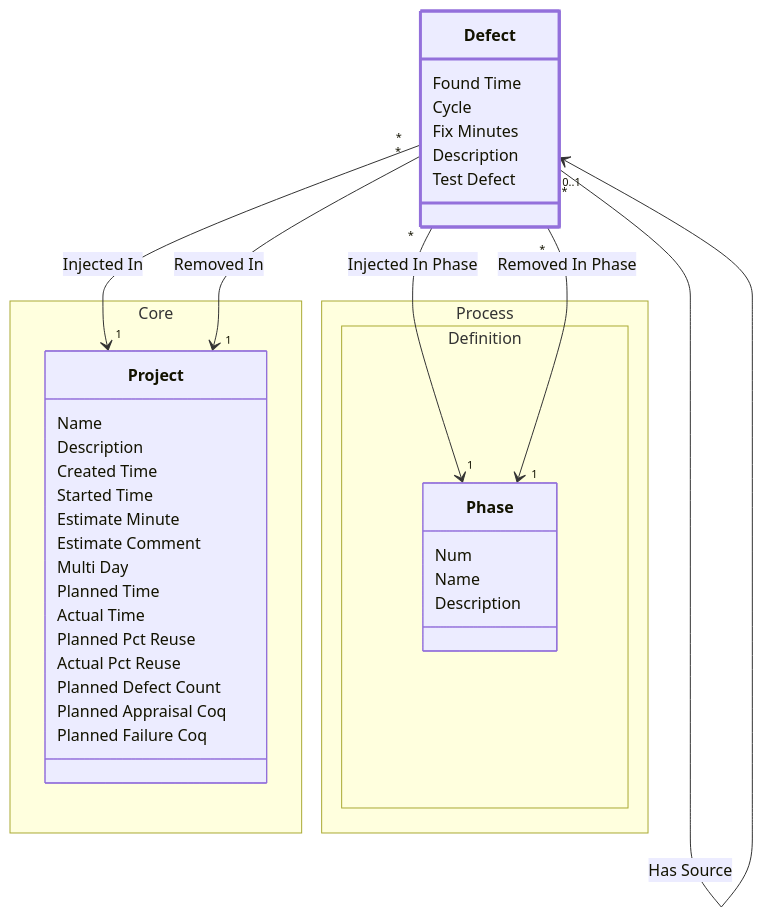
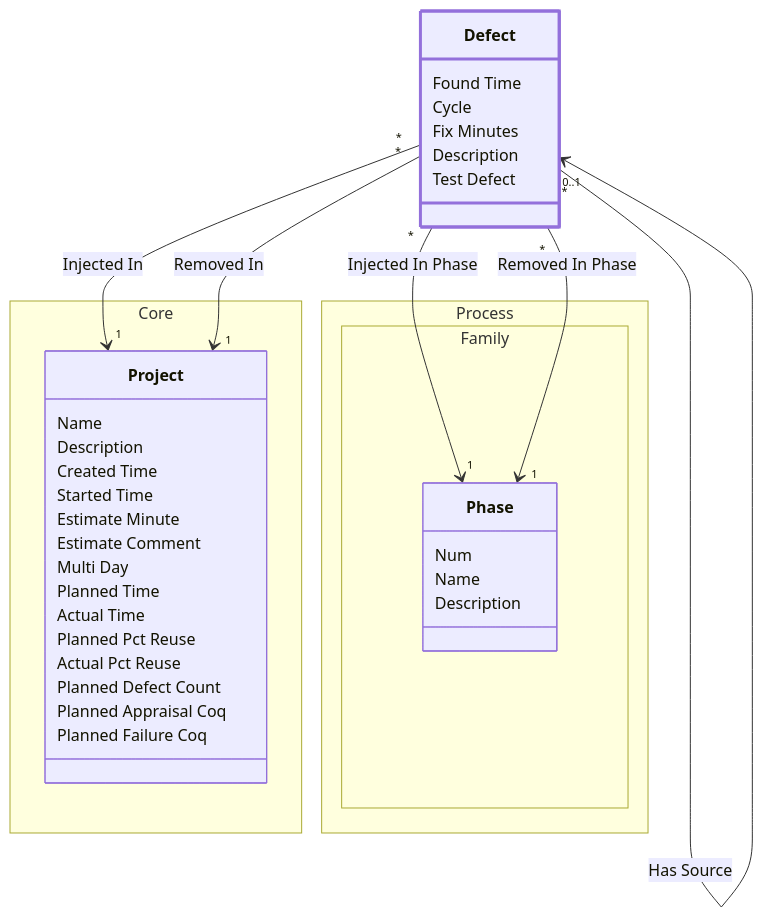
Before and after one commit to glemzurg/glemzurg: the diagram in examples/requirements/req/output/development/class-domain.project.subdomain.quality.class.defect.md, drawn with Mermaid. The commit also changed other lines of this file and 62 other files, not shown here.

````diff
--- a/examples/requirements/req/output/development/class-domain.project.subdomain.quality.class.defect.md
+++ b/examples/requirements/req/output/development/class-domain.project.subdomain.quality.class.defect.md
@@ -27,47 +27,47 @@
 ```mermaid
 ---
 config:
   class:
     hideEmptyMembersBox: true
 ---
 classDiagram
 class class_domain_project_subdomain_quality_class_defect["Defect"] {
         Found Time
         Cycle
         Fix Minutes
         Description
         Test Defect
     }
 namespace Core {
 class class_domain_project_subdomain_core_class_project["Project"] {
             Name
             Description
             Created Time
             Started Time
             Estimate Minute
             Estimate Comment
             Multi Day
             Planned Time
             Actual Time
             Planned Pct Reuse
             Actual Pct Reuse
             Planned Defect Count
             Planned Appraisal Coq
             Planned Failure Coq
         }
 }
-namespace Process.Definition {
-class class_domain_process_subdomain_definition_class_phase["Phase"] {
+namespace Process.Family {
+class class_domain_process_subdomain_family_class_phase["Phase"] {
             Num
             Name
             Description
         }
 }
 style class_domain_project_subdomain_quality_class_defect stroke:#9370DB,stroke-width:3px
-class_domain_project_subdomain_quality_class_defect "*" --> "1" class_domain_process_subdomain_definition_class_phase : Injected In Phase
-class_domain_project_subdomain_quality_class_defect "*" --> "1" class_domain_process_subdomain_definition_class_phase : Removed In Phase
+class_domain_project_subdomain_quality_class_defect "*" --> "1" class_domain_process_subdomain_family_class_phase : Injected In Phase
+class_domain_project_subdomain_quality_class_defect "*" --> "1" class_domain_process_subdomain_family_class_phase : Removed In Phase
 class_domain_project_subdomain_quality_class_defect "*" --> "1" class_domain_project_subdomain_core_class_project : Injected In
 class_domain_project_subdomain_quality_class_defect "*" --> "1" class_domain_project_subdomain_core_class_project : Removed In
 class_domain_project_subdomain_quality_class_defect "*" --> "0..1" class_domain_project_subdomain_quality_class_defect : Has Source
 
 ```
````
